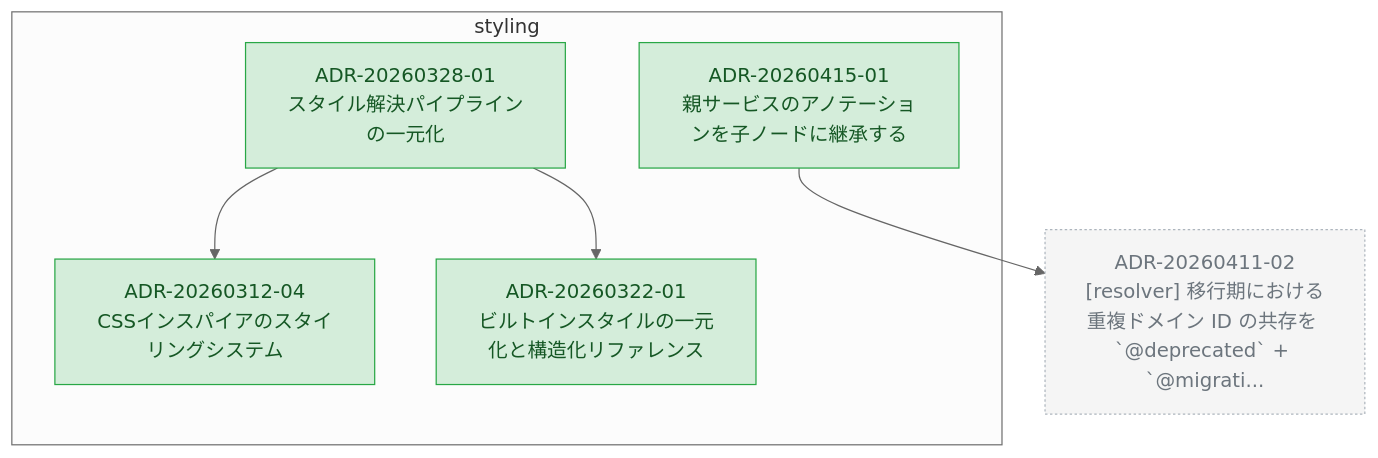
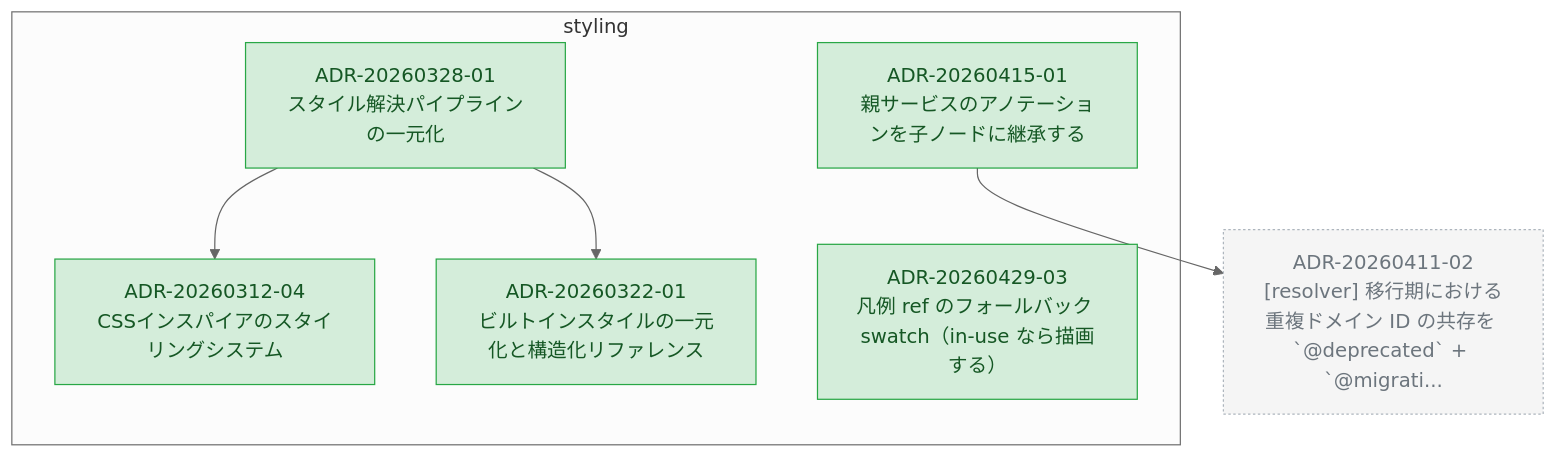
Before and after one commit to kompiro/karasu: the diagram in docs/adr/graph/styling.md, drawn with Mermaid (neutral theme). The commit also changed other lines of this file and 5 other files, not shown here.

````diff
--- a/docs/adr/graph/styling.md
+++ b/docs/adr/graph/styling.md
@@ -6,25 +6,27 @@
 ```mermaid
 flowchart TD
   subgraph styling["styling"]
     ADR_20260312_04["ADR-20260312-04<br/>CSSインスパイアのスタイリングシステム"]
     ADR_20260322_01["ADR-20260322-01<br/>ビルトインスタイルの一元化と構造化リファレンス"]
     ADR_20260328_01["ADR-20260328-01<br/>スタイル解決パイプラインの一元化"]
     ADR_20260415_01["ADR-20260415-01<br/>親サービスのアノテーションを子ノードに継承する"]
+    ADR_20260429_03["ADR-20260429-03<br/>凡例 ref のフォールバック swatch（in-use なら描画する）"]
   end
   ADR_20260411_02["ADR-20260411-02<br/>[resolver] 移行期における重複ドメイン ID の共存を `@deprecated` + `@migrati..."]
   ADR_20260328_01 --> ADR_20260312_04
   ADR_20260328_01 --> ADR_20260322_01
   ADR_20260415_01 --> ADR_20260411_02
 
   classDef accepted fill:#d4edda,stroke:#28a745,color:#155724
   classDef proposed fill:#fff3cd,stroke:#ffc107,color:#856404
   classDef deprecated fill:#f8d7da,stroke:#dc3545,color:#721c24
   classDef superseded fill:#e2e3e5,stroke:#6c757d,color:#383d41
   classDef not_adopted fill:#e2e3e5,stroke:#6c757d,color:#383d41,stroke-dasharray:3 3
   classDef ghost fill:#f5f5f5,stroke:#adb5bd,color:#6c757d,stroke-dasharray:2 2
   class ADR_20260312_04 accepted
   class ADR_20260322_01 accepted
   class ADR_20260328_01 accepted
   class ADR_20260415_01 accepted
+  class ADR_20260429_03 accepted
   class ADR_20260411_02 ghost
 ```
````
